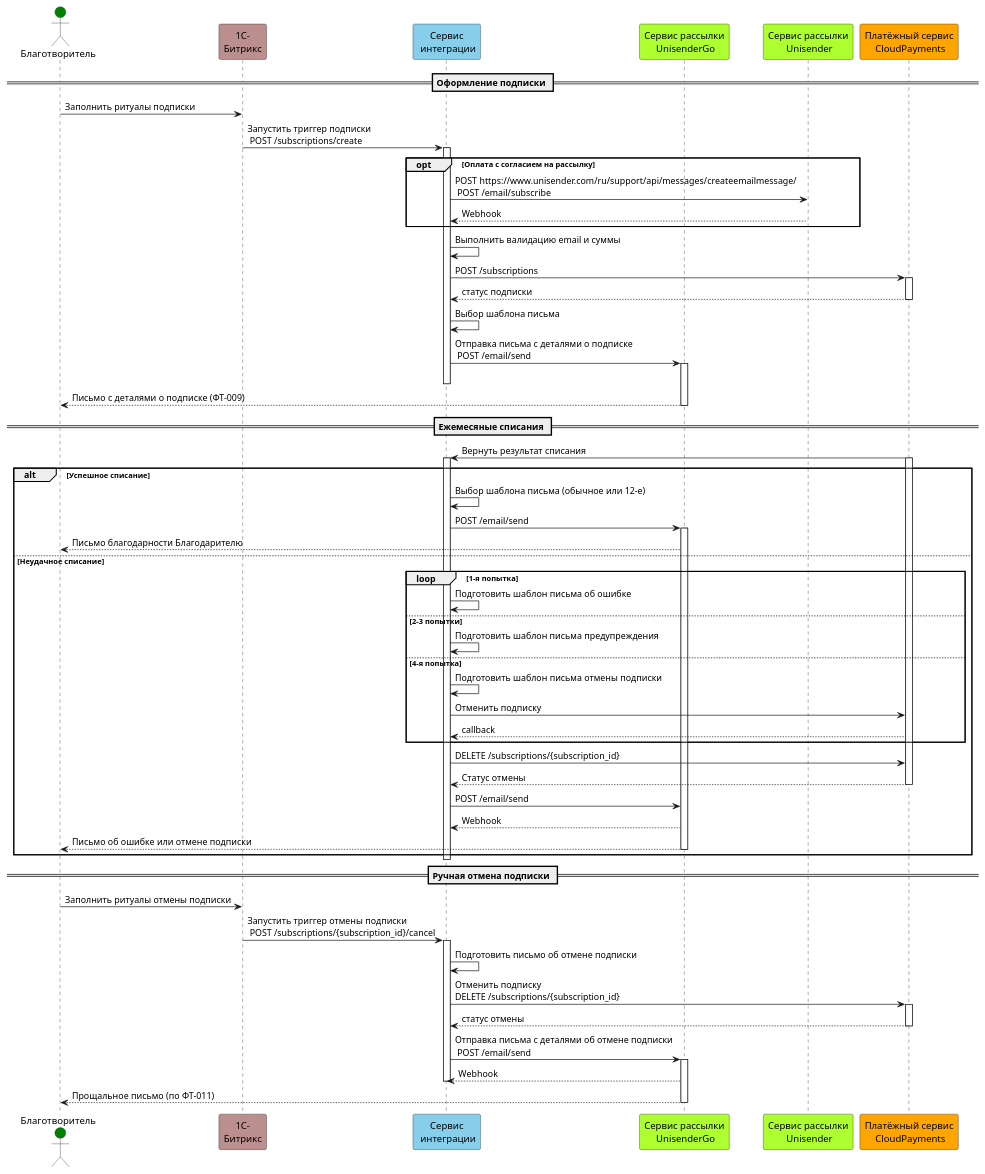
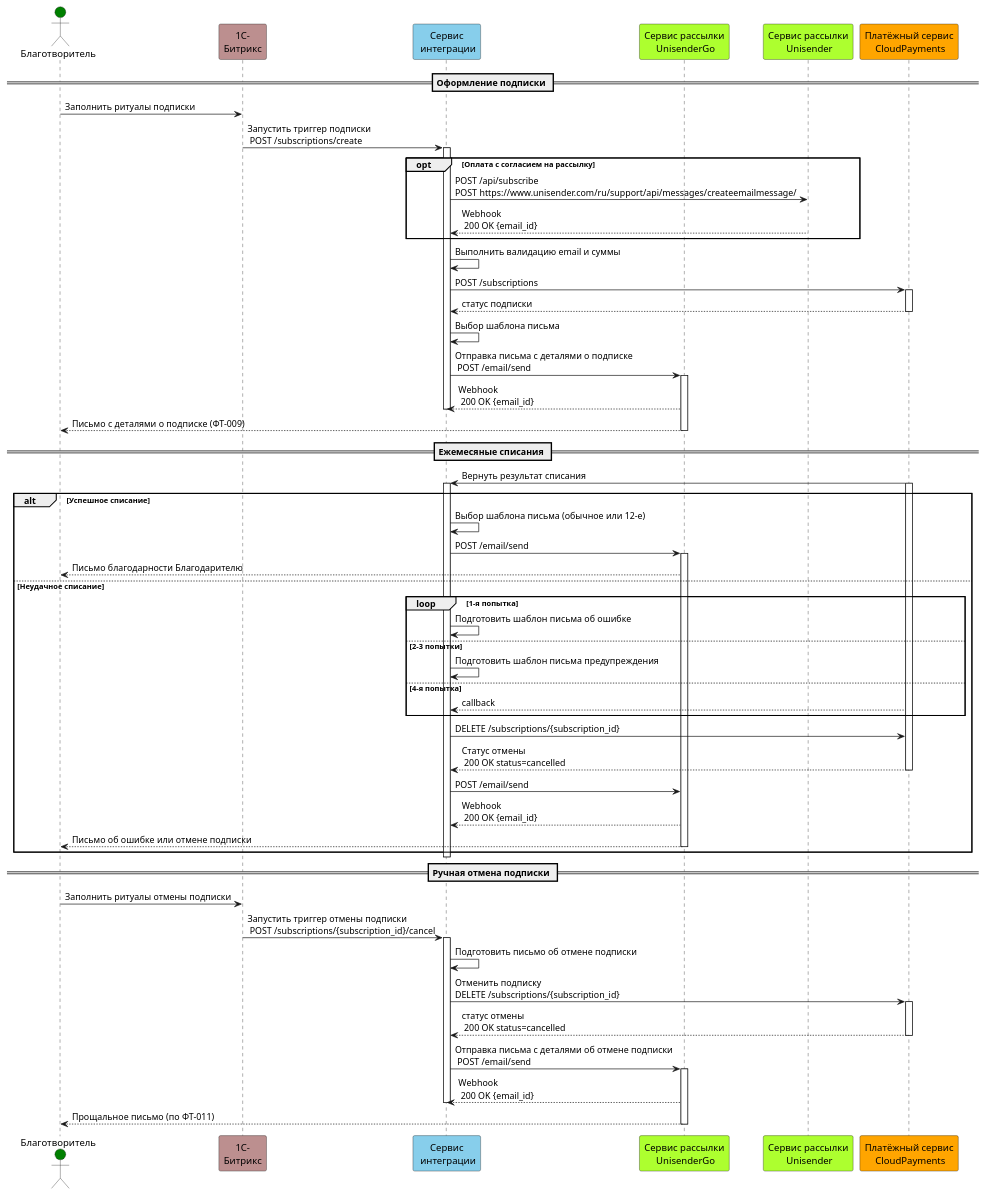
One commit to trofimovelijah/mayak_integration_service changed the diagram in SequenceDiagram/sequenceDiagramRPayment.puml. Above: the diagram before and after it, drawn with PlantUML. The commit also changed 6 other files, not shown here.

Commit message:
проставлены API в диаграммах

```diff
--- a/SequenceDiagram/sequenceDiagramRPayment.puml
+++ b/SequenceDiagram/sequenceDiagramRPayment.puml
@@ -1,81 +1,80 @@
 @startuml Recurrent
 
 ' Определение участников диаграммы
 actor "Благотворитель" as Donor #Green
 participant "1С-\nБитрикс" as Bitrix #RosyBrown
 participant "Сервис\n интеграции" as IntService #SkyBlue
 participant "Сервис рассылки\n UnisenderGo" as UnisenderGo #GreenYellow
 participant "Сервис рассылки\n Unisender" as Unisender #GreenYellow
 participant "Платёжный сервис\n CloudPayments" as CloudPayments #Orange
 
 ' Описание последовательности сообщений
 == Оформление подписки ==
 Donor -> Bitrix: Заполнить ритуалы подписки
 Bitrix -> IntService: Запустить триггер подписки\n POST /subscriptions/create
 activate IntService
 
     opt Оплата с согласием на рассылку
-        IntService -> Unisender: POST https://www.unisender.com/ru/support/api/messages/createemailmessage/\n POST /email/subscribe
-        Unisender --> IntService: Webhook
+        IntService -> Unisender: POST /api/subscribe\nPOST https://www.unisender.com/ru/support/api/messages/createemailmessage/
+        Unisender --> IntService: Webhook\n 200 OK {email_id}
     end
 
 IntService -> IntService: Выполнить валидацию email и суммы
 IntService -> CloudPayments: POST /subscriptions
 activate CloudPayments
 CloudPayments --> IntService: статус подписки
 deactivate CloudPayments
 IntService -> IntService: Выбор шаблона письма
 IntService -> UnisenderGo: Отправка письма с деталями о подписке\n POST /email/send
 activate UnisenderGo
+UnisenderGo --> IntService: Webhook\n 200 OK {email_id}
 deactivate IntService
 UnisenderGo --> Donor: Письмо с деталями о подписке (ФТ-009)
 deactivate UnisenderGo
 
 == Ежемесяные списания ==
 
 CloudPayments -> IntService: Вернуть результат списания
 activate CloudPayments
 activate IntService
 alt Успешное списание
     IntService -> IntService: Выбор шаблона письма (обычное или 12-е)
     IntService -> UnisenderGo: POST /email/send
     activate UnisenderGo
     UnisenderGo --> Donor: Письмо благодарности Благодарителю
 else Неудачное списание
     loop 1-я попытка
         IntService -> IntService: Подготовить шаблон письма об ошибке
     else 2-3 попытки
         IntService -> IntService: Подготовить шаблон письма предупреждения
     else 4-я попытка
-        IntService -> IntService: Подготовить шаблон письма отмены подписки
-        IntService -> CloudPayments: Отменить подписку
         CloudPayments --> IntService: callback
     end
 IntService -> CloudPayments: DELETE /subscriptions/{subscription_id}
-CloudPayments --> IntService: Статус отмены
+CloudPayments --> IntService: Статус отмены\n 200 OK status=cancelled
 deactivate CloudPayments
 
 IntService -> UnisenderGo: POST /email/send
-UnisenderGo --> IntService: Webhook
+UnisenderGo --> IntService: Webhook\n 200 OK {email_id}
 UnisenderGo --> Donor: Письмо об ошибке или отмене подписки
 deactivate UnisenderGo
 end 
 deactivate IntService
 
 == Ручная отмена подписки ==
 Donor -> Bitrix: Заполнить ритуалы отмены подписки
 Bitrix -> IntService: Запустить триггер отмены подписки\n POST /subscriptions/{subscription_id}/cancel
 activate IntService
 IntService -> IntService: Подготовить письмо об отмене подписки
 IntService -> CloudPayments: Отменить подписку\nDELETE /subscriptions/{subscription_id}
 activate CloudPayments
-CloudPayments --> IntService: статус отмены
+CloudPayments --> IntService: статус отмены\n 200 OK status=cancelled
 deactivate CloudPayments
 IntService -> UnisenderGo: Отправка письма с деталями об отмене подписки\n POST /email/send
 activate UnisenderGo
-UnisenderGo --> IntService: Webhook
+UnisenderGo --> IntService: Webhook\n 200 OK {email_id}
 deactivate IntService
 UnisenderGo --> Donor: Прощальное письмо (по ФТ-011)
 deactivate UnisenderGo
 
 @enduml
```
